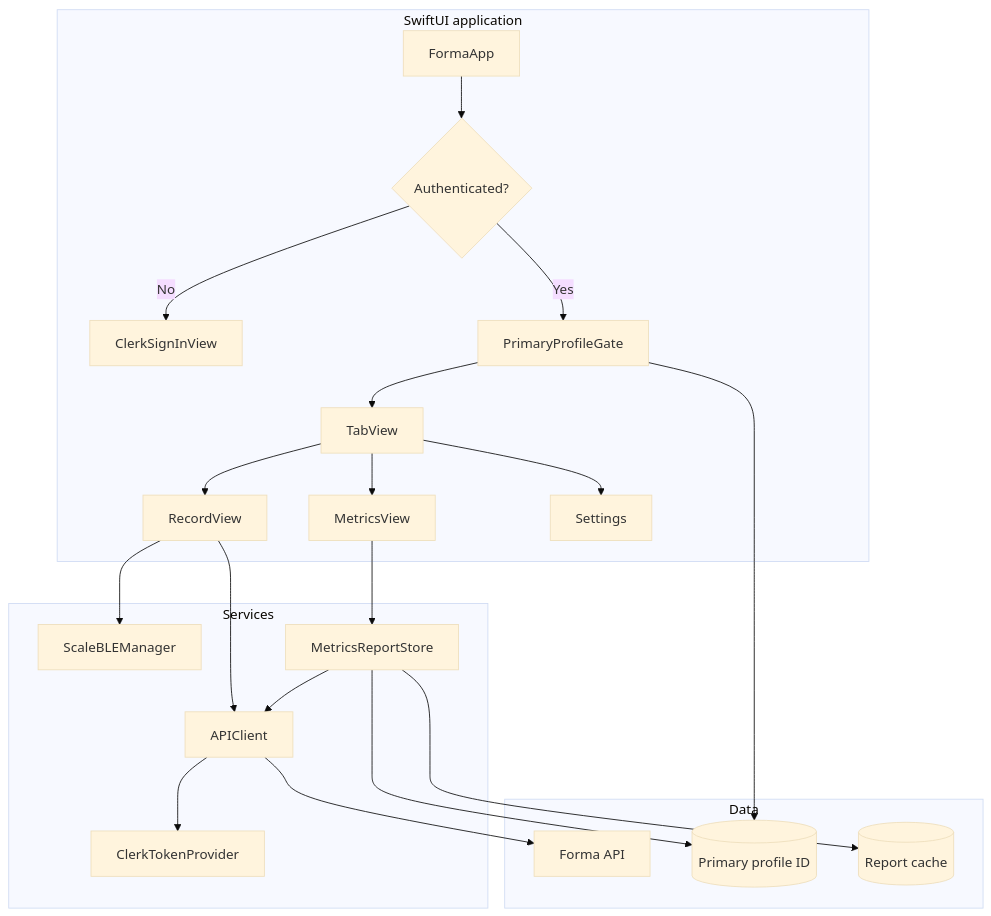
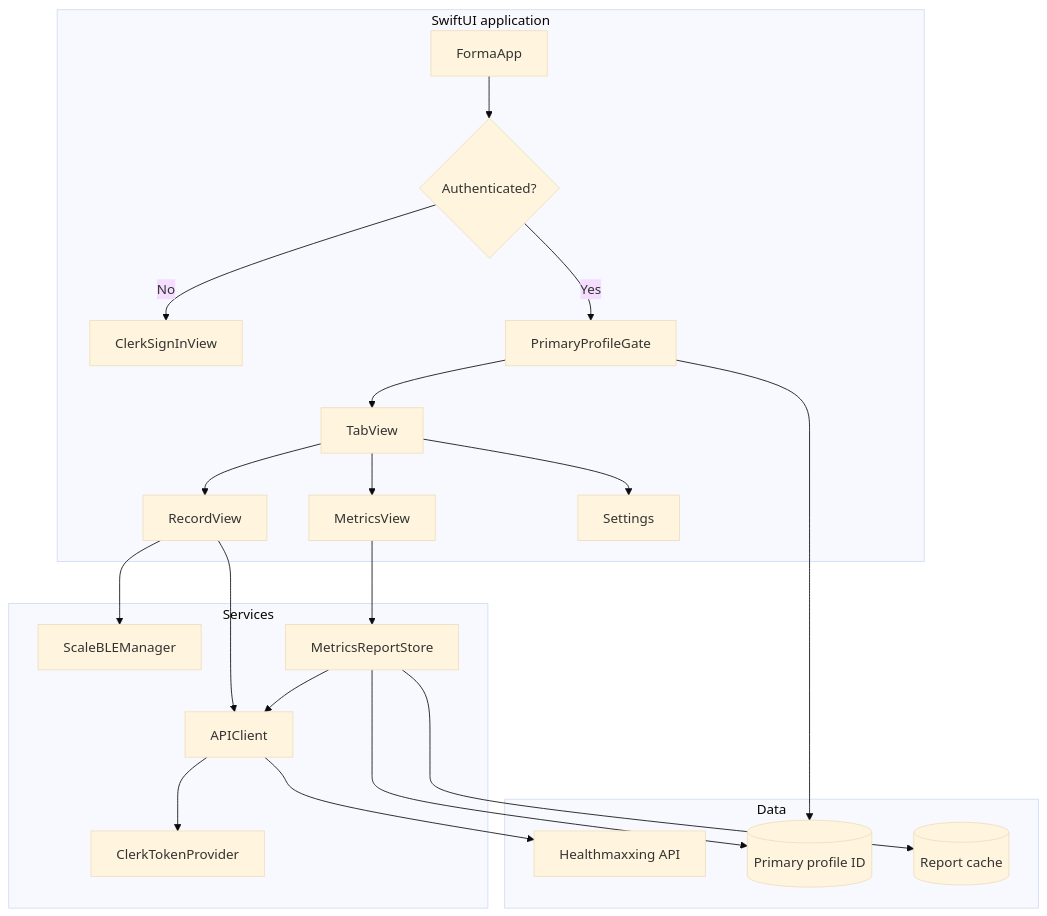
The third of 4 diagrams in ios/README.md (aneeshpatne/healthmaxxing), drawn with Mermaid (base theme) before and after one commit. The commit also changed other lines of this file, not shown here.

Commit message:
Document Healthmaxxing backend in iOS README

````diff
--- a/ios/README.md
+++ b/ios/README.md
@@ -94,35 +95,35 @@
 ```mermaid
 graph TB
     subgraph App[SwiftUI application]
         ENTRY[FormaApp] --> AUTH{Authenticated?}
         AUTH -->|No| SIGNIN[ClerkSignInView]
         AUTH -->|Yes| GATE[PrimaryProfileGate]
         GATE --> ROOT[TabView]
         ROOT --> METRICS[MetricsView]
         ROOT --> RECORD[RecordView]
         ROOT --> SETTINGS[Settings]
     end
 
     subgraph Services
         BLE[ScaleBLEManager]
         CLIENT[APIClient]
         TOKEN[ClerkTokenProvider]
         STORE[MetricsReportStore]
     end
 
     subgraph Data
-        BACKEND[Forma API]
+        BACKEND[Healthmaxxing API]
         PROFILE[(Primary profile ID)]
         REPORT[(Report cache)]
     end
 
     RECORD --> BLE
     RECORD --> CLIENT
     METRICS --> STORE
     STORE --> CLIENT
     CLIENT --> TOKEN
     CLIENT --> BACKEND
     GATE --> PROFILE
     STORE --> PROFILE
     STORE --> REPORT
 ```
````
